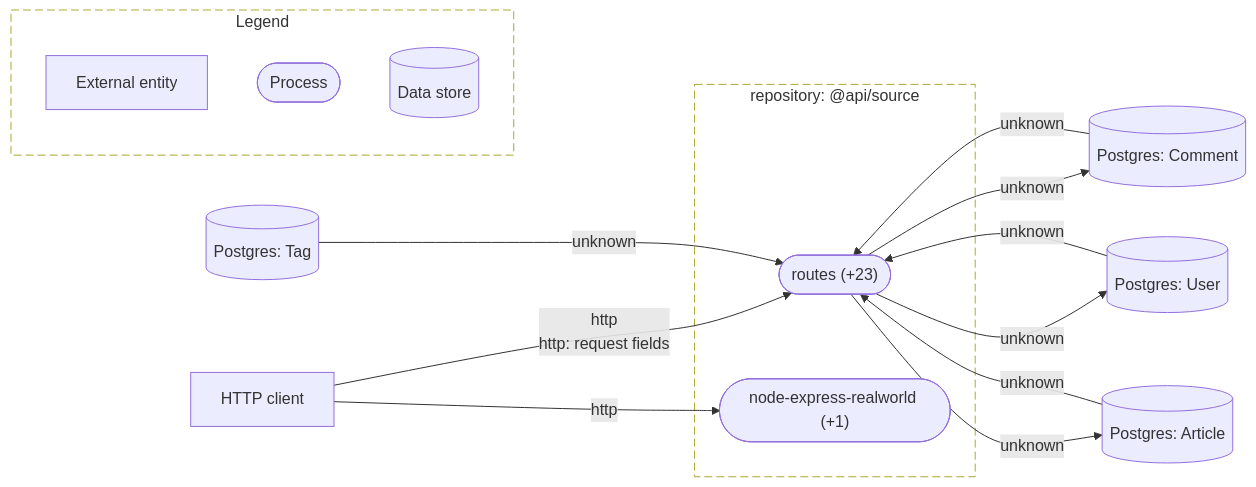
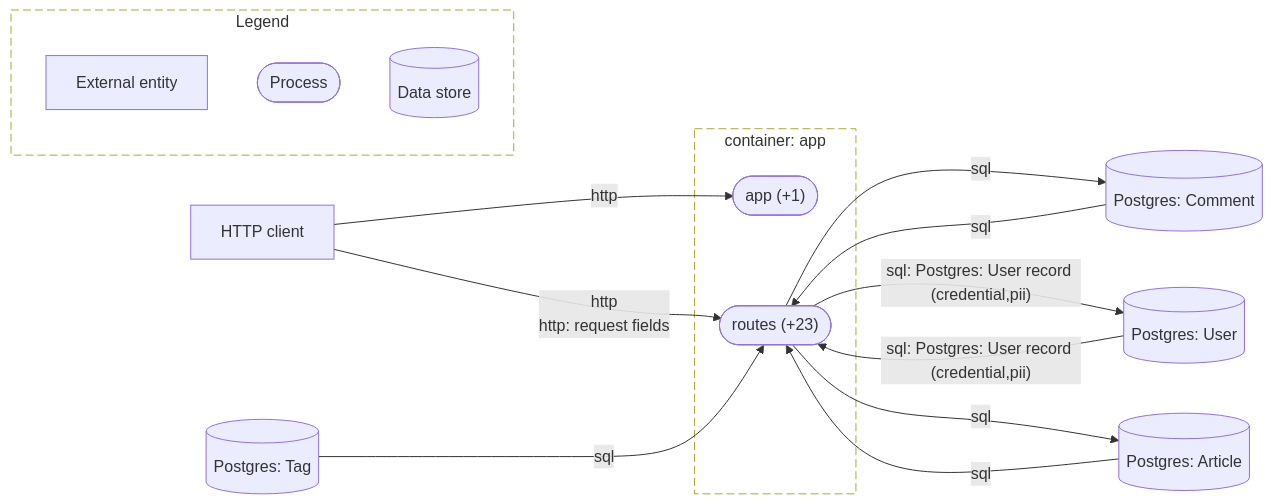
The diagram in evaluation/node-express-realworld/diagrams/dfd-l1.mmd (AskShri/code2designmapping), drawn with Mermaid before and after one commit. The commit also changed 525 other files, not shown here.

First line of the commit message:
code2design v0.5: one fact vocabulary, one routing model, class-aware call graph

```diff
--- a/evaluation/node-express-realworld/diagrams/dfd-l1.mmd
+++ b/evaluation/node-express-realworld/diagrams/dfd-l1.mmd
@@ -1,27 +1,27 @@
-%% L1: node-express-realworld
+%% L1 - node-express-realworld
 flowchart LR
-  subgraph bnd_uphokatav4["repository: @api/source"]
-    proc_drnrheu66o(["routes (+23)"])
-    proc_eirytrktcb(["node-express-realworld (+1)"])
+  subgraph bnd_ycbot7mf4h["container: app"]
+    proc_5f4hgke67p(["app (+1)"])
+    proc_v57rhrngcg(["routes (+23)"])
   end
   ext_sga4qktkap["HTTP client"]
   store_rkhg3lsuir[("Postgres: Comment")]
   store_th364fo75v[("Postgres: Tag")]
   store_tvae56uepz[("Postgres: User")]
   store_yhtoa6pgwu[("Postgres: Article")]
-  ext_sga4qktkap -->|"http<br/>http: request fields"| proc_drnrheu66o
-  ext_sga4qktkap -->|"http"| proc_eirytrktcb
-  proc_drnrheu66o -->|"unknown"| store_rkhg3lsuir
-  proc_drnrheu66o -->|"unknown"| store_tvae56uepz
-  proc_drnrheu66o -->|"unknown"| store_yhtoa6pgwu
-  store_rkhg3lsuir -->|"unknown"| proc_drnrheu66o
-  store_th364fo75v -->|"unknown"| proc_drnrheu66o
-  store_tvae56uepz -->|"unknown"| proc_drnrheu66o
-  store_yhtoa6pgwu -->|"unknown"| proc_drnrheu66o
-  style bnd_uphokatav4 stroke-dasharray: 8 4,fill:none
+  ext_sga4qktkap -->|"http"| proc_5f4hgke67p
+  ext_sga4qktkap -->|"http<br/>http: request fields"| proc_v57rhrngcg
+  proc_v57rhrngcg -->|"sql"| store_rkhg3lsuir
+  proc_v57rhrngcg -->|"sql: Postgres: User record (credential,pii)"| store_tvae56uepz
+  proc_v57rhrngcg -->|"sql"| store_yhtoa6pgwu
+  store_rkhg3lsuir -->|"sql"| proc_v57rhrngcg
+  store_th364fo75v -->|"sql"| proc_v57rhrngcg
+  store_tvae56uepz -->|"sql: Postgres: User record (credential,pii)"| proc_v57rhrngcg
+  store_yhtoa6pgwu -->|"sql"| proc_v57rhrngcg
+  style bnd_ycbot7mf4h stroke-dasharray: 8 4,fill:none
   subgraph legend["Legend"]
     lg_e["External entity"]
     lg_p(["Process"])
     lg_s[("Data store")]
   end
   style legend stroke-dasharray: 8 4,fill:none
```
